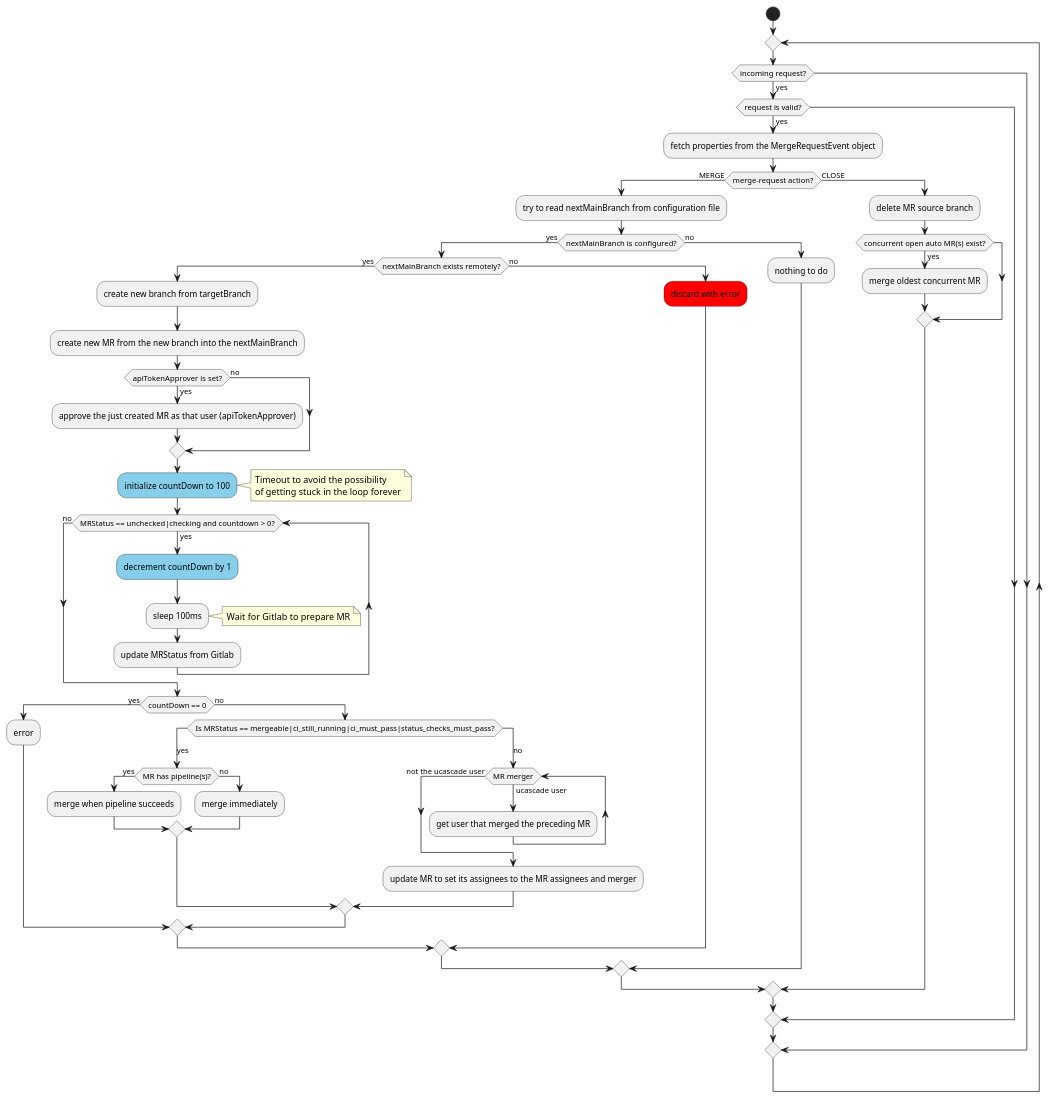
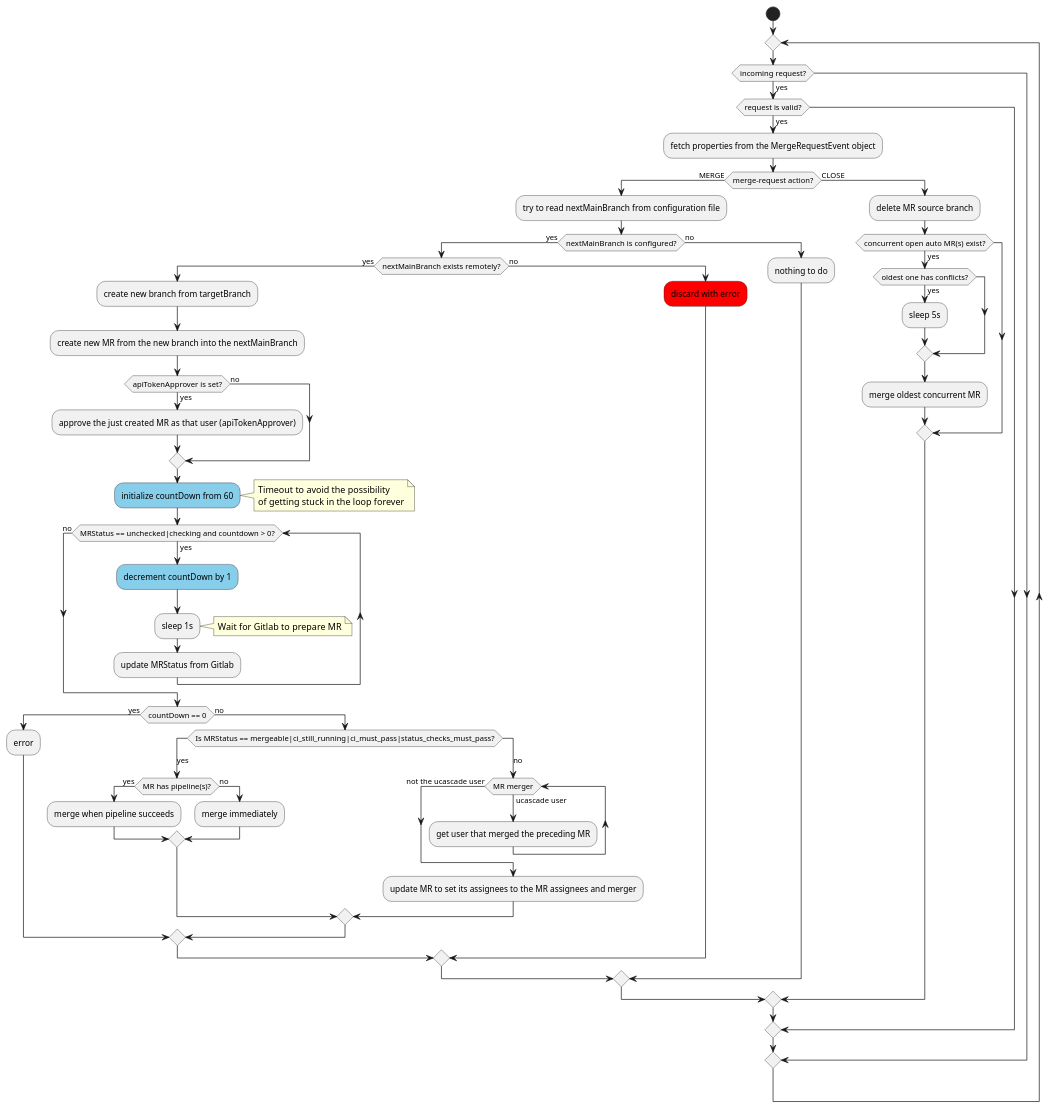
The diagram in _documentation/src/docs/diagrams/technical-workflow.puml (unblu/ucascade), drawn with PlantUML before and after one commit. The commit also changed 2 other files, not shown here.

```diff
--- a/_documentation/src/docs/diagrams/technical-workflow.puml
+++ b/_documentation/src/docs/diagrams/technical-workflow.puml
@@ -1,60 +1,63 @@
 @startuml technical-workflow
 start
 repeat
 if (incoming request?) then (yes)
     if (request is valid?) then (yes)
         :fetch properties from the MergeRequestEvent object;
         if (merge-request action?) then (MERGE)
             :try to read nextMainBranch from configuration file;
             if (nextMainBranch is configured?) then (yes)
                 if (nextMainBranch exists remotely?) then (yes)
                     :create new branch from targetBranch;
                     :create new MR from the new branch into the nextMainBranch;
                     if (apiTokenApprover is set?) then (yes)
                         :approve the just created MR as that user (apiTokenApprover);
                     else (no)
                     endif
-                    #SkyBlue:initialize countDown to 100;
+                    #SkyBlue:initialize countDown from 60;
                     note right 
                         Timeout to avoid the possibility
                         of getting stuck in the loop forever
                     end note
                     while(MRStatus == unchecked|checking and countdown > 0?) is (yes)
                         #SkyBlue:decrement countDown by 1;
-                        :sleep 100ms;
+                        :sleep 1s;
                         note right: Wait for Gitlab to prepare MR
                         :update MRStatus from Gitlab;
                     endwhile (no)
                     if (countDown == 0) then (yes) 
                         :error;
                     else (no)
                         switch(Is MRStatus == mergeable|ci_still_running|ci_must_pass|status_checks_must_pass?)
                         case (yes)
                             if (MR has pipeline(s)?) then (yes)
                                 :merge when pipeline succeeds;
                             else (no)
                                 :merge immediately;
                             endif
                         case (no)
                             while(MR merger) is (ucascade user)
                                 :get user that merged the preceding MR;
                             endwhile (not the ucascade user)
                             :update MR to set its assignees to the MR assignees and merger;
                         endswitch
                     endif
                 else (no)
                     #red:discard with error;
                 endif
                 else (no)
                     :nothing to do;
             endif
         else (CLOSE)
             :delete MR source branch;
             if (concurrent open auto MR(s) exist?) then (yes)
+                if (oldest one has conflicts?) then (yes)
+                    :sleep 5s;
+                endif
                 :merge oldest concurrent MR;
             endif
         endif
     endif
 endif
 repeat while
 @enduml
```
